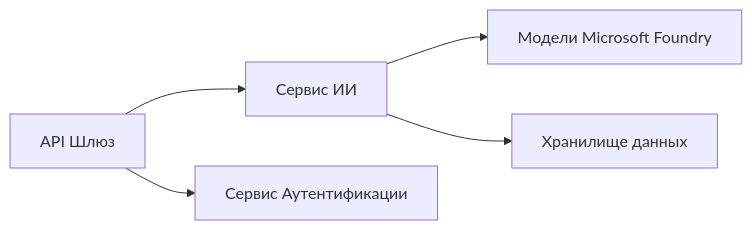
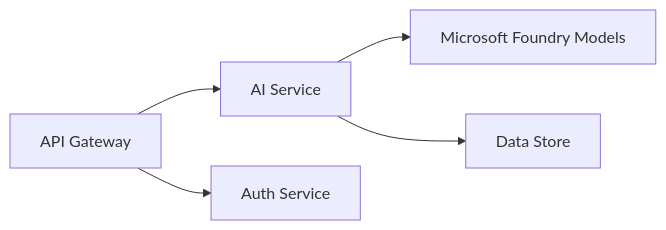
The first of 2 diagrams in translations/ru/docs/chapter-08-production/README.md (microsoft/AZD-for-beginners), drawn with Mermaid before and after one commit. The commit also changed other lines of this file and 6 other files, not shown here.

````diff
--- a/translations/ru/docs/chapter-08-production/README.md
+++ b/translations/ru/docs/chapter-08-production/README.md
@@ -48,6 +48,6 @@
 ```mermaid
 graph LR
-    Gateway[API Шлюз] --> AI[Сервис ИИ] --> Models[Модели Microsoft Foundry]
-    Gateway --> Auth[Сервис Аутентификации]
-    AI --> Data[Хранилище данных]
+    Gateway[API Gateway] --> AI[AI Service] --> Models[Microsoft Foundry Models]
+    Gateway --> Auth[Auth Service]
+    AI --> Data[Data Store]
 ```
````
